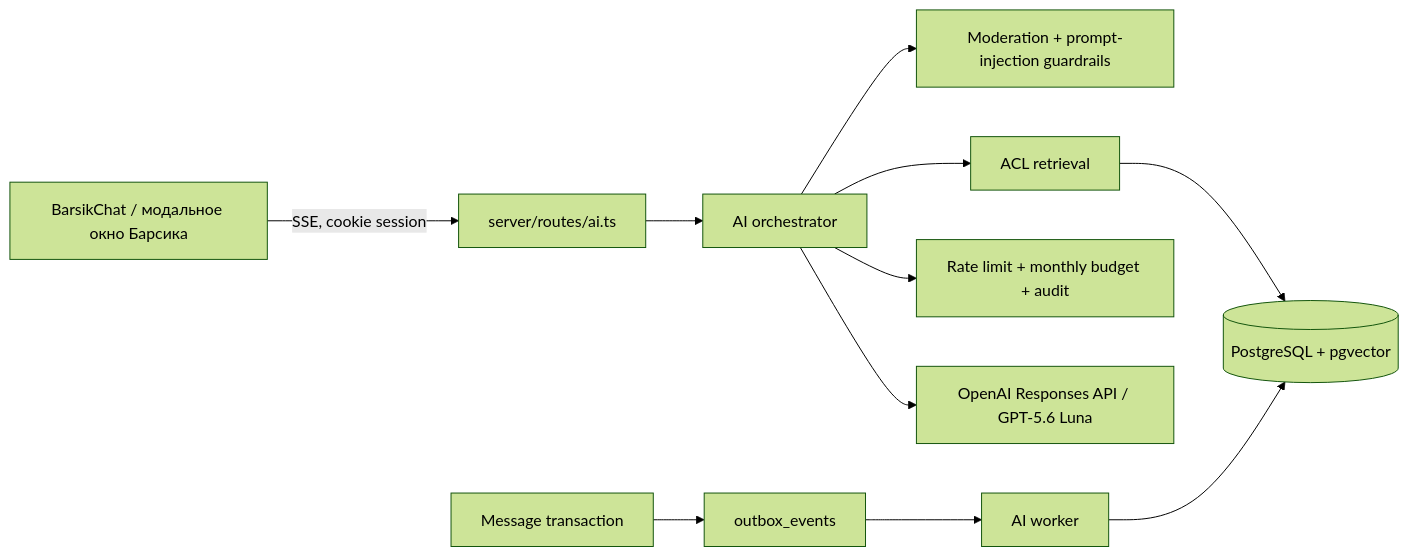
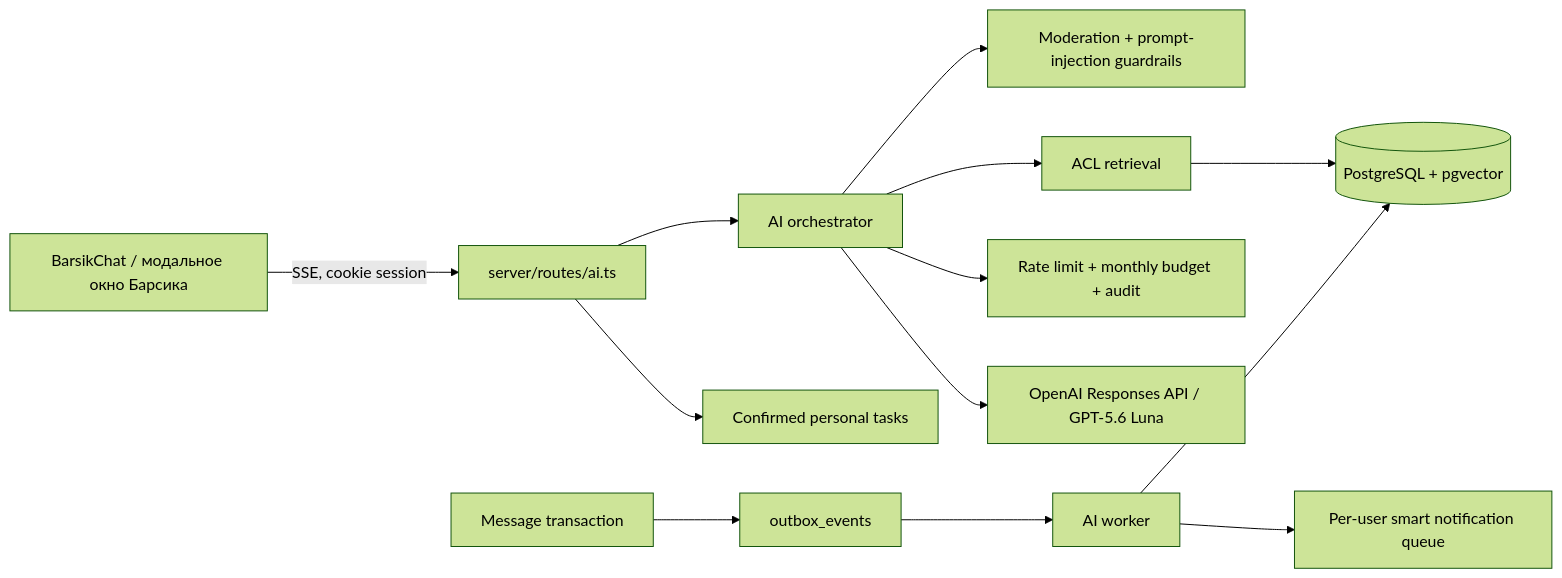
Before and after one commit to sergeyolegovich043-svg/ChatOsnova: the diagram in docs/AI_DEV.md, drawn with Mermaid (forest theme). The commit also changed other lines of this file and 14 other files, not shown here.

````diff
--- a/docs/AI_DEV.md
+++ b/docs/AI_DEV.md
@@ -30,13 +47,15 @@
 ```mermaid
 flowchart LR
   UI["BarsikChat / модальное окно Барсика"] -->|"SSE, cookie session"| ROUTE["server/routes/ai.ts"]
   ROUTE --> ORCH["AI orchestrator"]
   ORCH --> GUARD["Moderation + prompt-injection guardrails"]
   ORCH --> ACL["ACL retrieval"]
   ACL --> PG[("PostgreSQL + pgvector")]
   ORCH --> BUDGET["Rate limit + monthly budget + audit"]
   ORCH --> LUNA["OpenAI Responses API / GPT-5.6 Luna"]
   MSG["Message transaction"] --> OUTBOX["outbox_events"]
   OUTBOX --> WORKER["AI worker"]
   WORKER --> PG
+  WORKER --> NOTIFY["Per-user smart notification queue"]
+  ROUTE --> TASKS["Confirmed personal tasks"]
 ```
````
